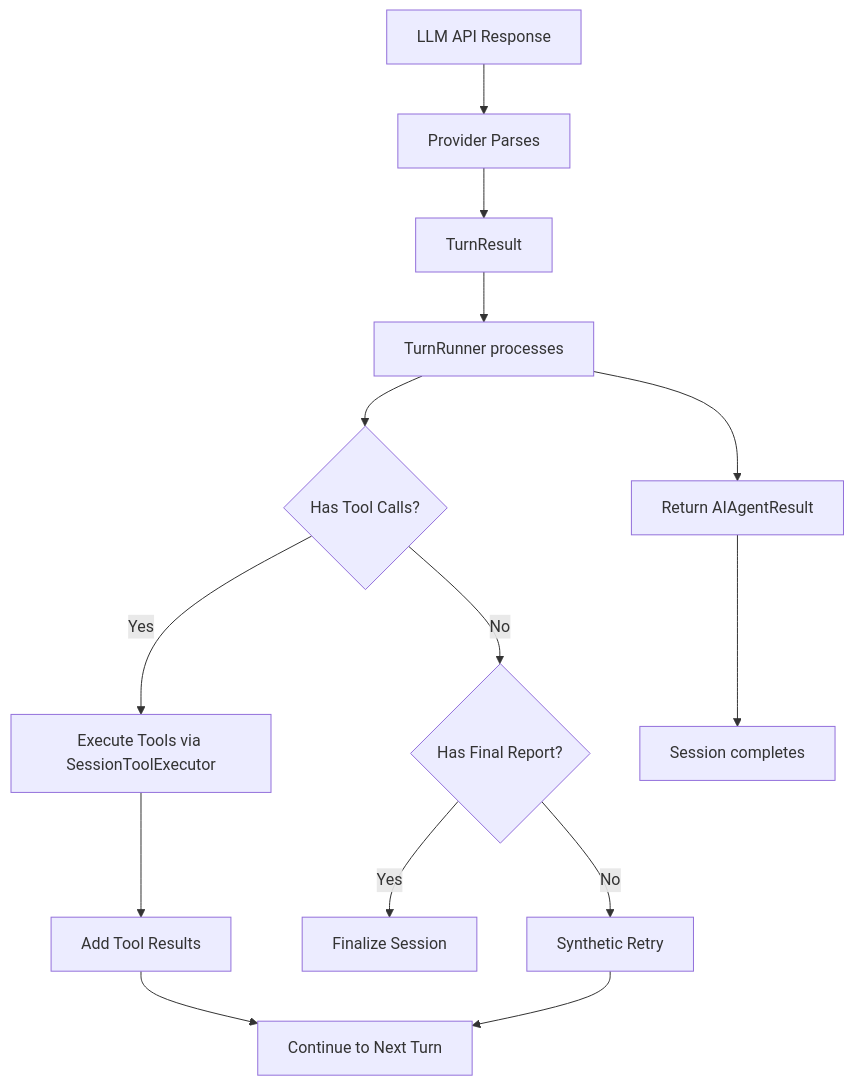
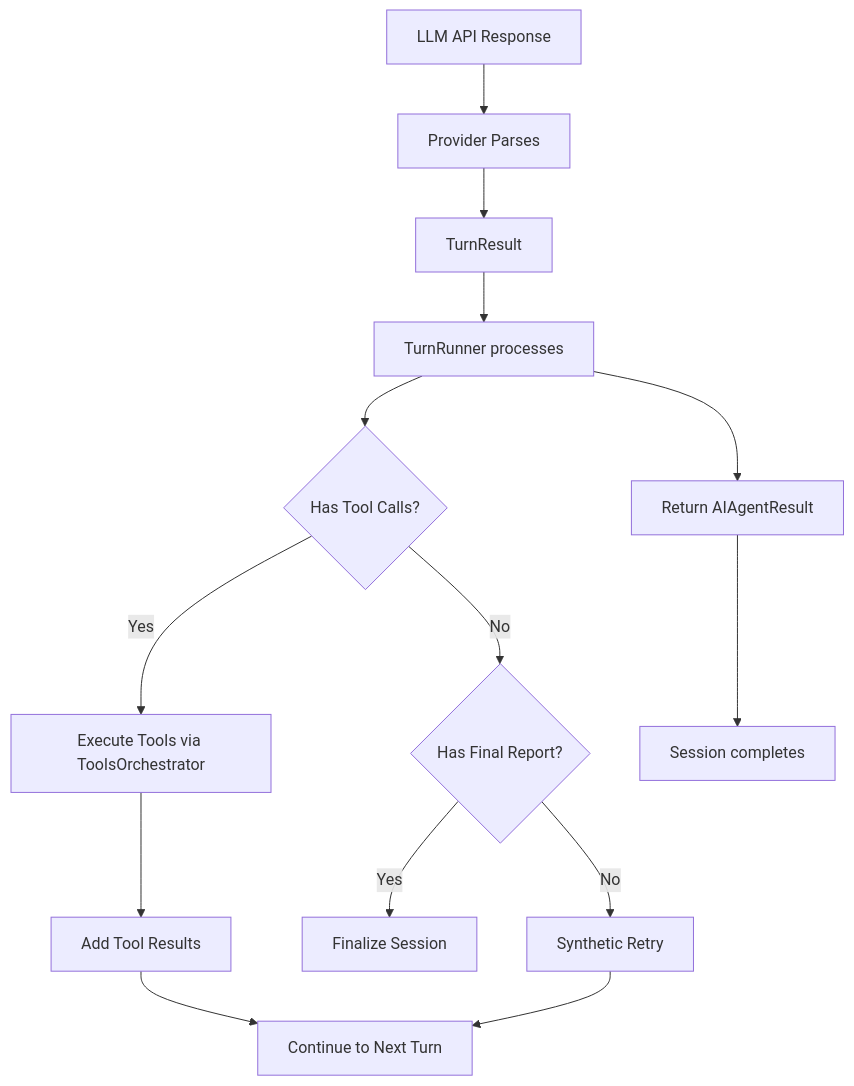
The third of 3 diagrams in docs/Technical-Specs-Architecture.md (netdata/netdata), drawn with Mermaid before and after one commit. The commit also changed other lines of this file and 63 other files, not shown here.

````diff
--- a/docs/Technical-Specs-Architecture.md
+++ b/docs/Technical-Specs-Architecture.md
@@ -297,19 +288,19 @@
 ```mermaid
 flowchart TD
     Response[LLM API Response] --> Parse[Provider Parses]
     Parse --> Result[TurnResult]
     Result --> TurnRunner[TurnRunner processes]
     TurnRunner --> Check{Has Tool Calls?}
 
-    Check -->|Yes| Execute[Execute Tools via SessionToolExecutor]
+    Check -->|Yes| Execute[Execute Tools via ToolsOrchestrator]
     Execute --> AddResults[Add Tool Results]
     AddResults --> NextTurn[Continue to Next Turn]
 
     Check -->|No| Final{Has Final Report?}
     Final -->|Yes| Finalize[Finalize Session]
     Final -->|No| Retry[Synthetic Retry]
 
     Retry --> NextTurn
     TurnRunner --> FinalResult[Return AIAgentResult]
     FinalResult --> Session[Session completes]
 ```
````
